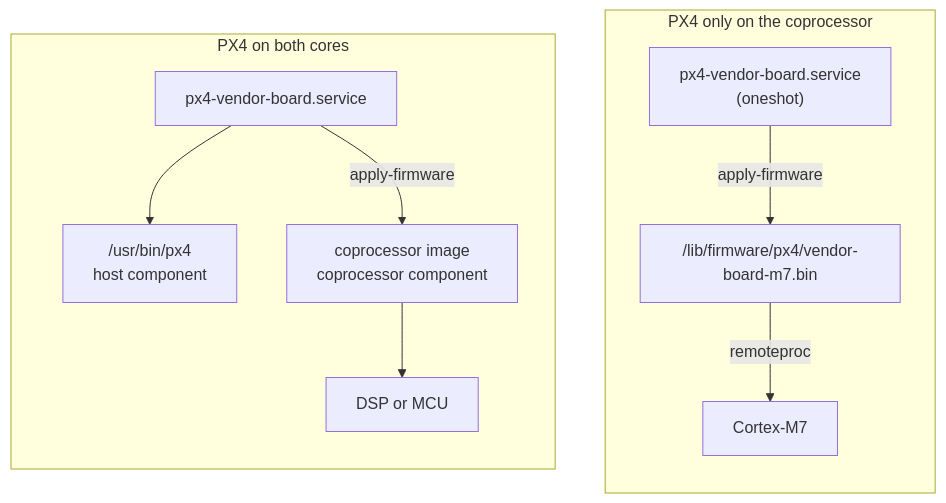
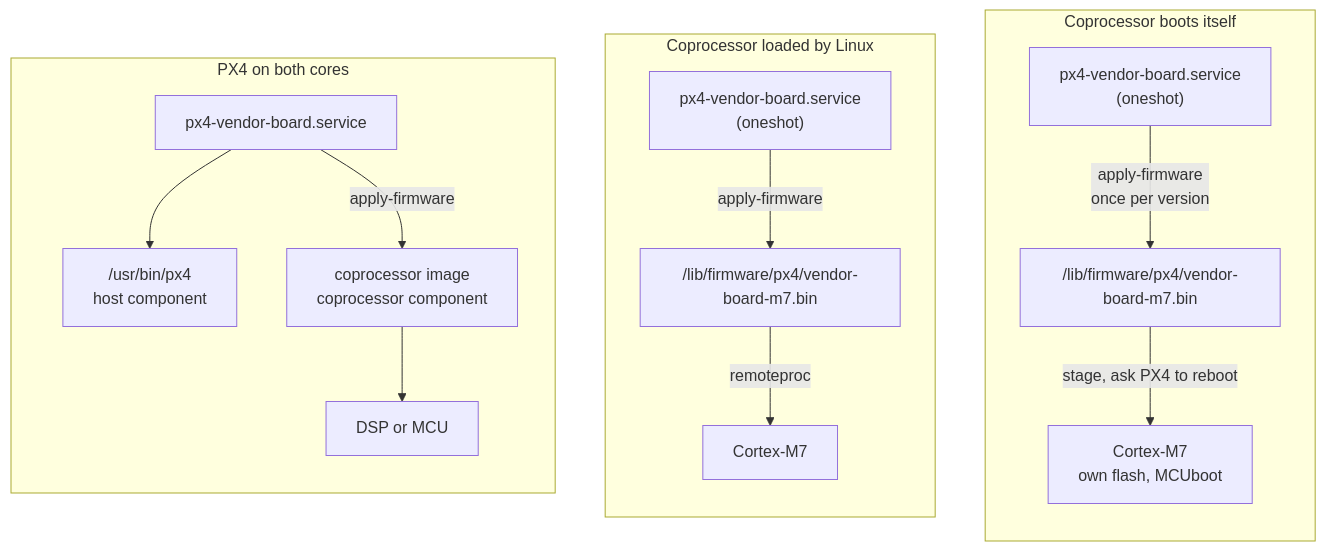
Before and after one commit to PX4/PX4-Autopilot: the second of 2 diagrams in docs/en/hardware/board_packaging.md, drawn with Mermaid. The commit also changed other lines of this file and 1 other file, not shown here.

First line of the commit message:
docs(hardware): add the board shape whose core boots itself

````diff
--- a/docs/en/hardware/board_packaging.md
+++ b/docs/en/hardware/board_packaging.md
@@ -46,15 +47,21 @@
 ```mermaid
 flowchart LR
   subgraph both ["PX4 on both cores"]
     direction TB
     unitA["px4-vendor-board.service"] --> px4A["/usr/bin/px4<br>host component"]
     unitA -- "apply-firmware" --> imageA["coprocessor image<br>coprocessor component"]
     imageA --> coreA["DSP or MCU"]
   end
-  subgraph copro ["PX4 only on the coprocessor"]
+  subgraph copro ["Coprocessor loaded by Linux"]
     direction TB
     unitB["px4-vendor-board.service<br>(oneshot)"] -- "apply-firmware" --> imageB["/lib/firmware/px4/vendor-board-m7.bin"]
     imageB -- remoteproc --> coreB["Cortex-M7"]
   end
+  subgraph own ["Coprocessor boots itself"]
+    direction TB
+    unitC["px4-vendor-board.service<br>(oneshot)"] -- "apply-firmware<br>once per version" --> imageC["/lib/firmware/px4/vendor-board-m7.bin"]
+    imageC -- "stage, ask PX4 to reboot" --> coreC["Cortex-M7<br>own flash, MCUboot"]
+  end
   both ~~~ copro
+  copro ~~~ own
 ```
````
